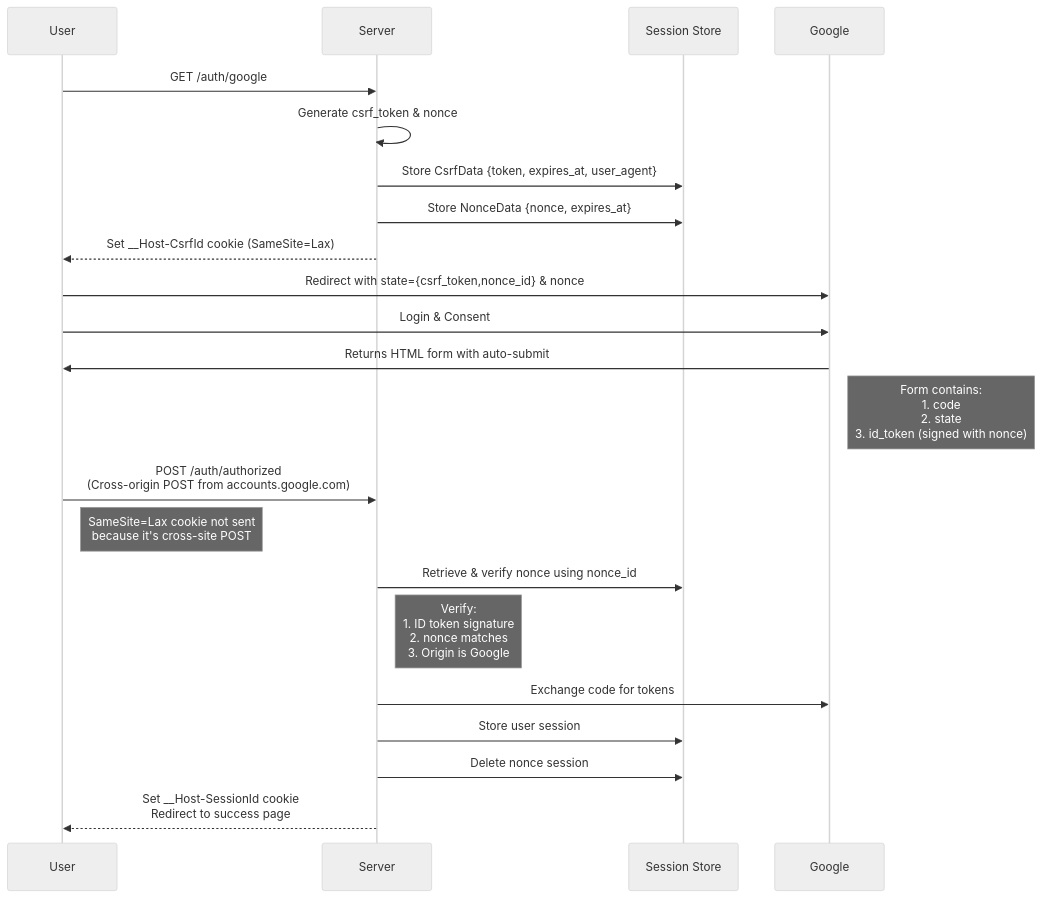
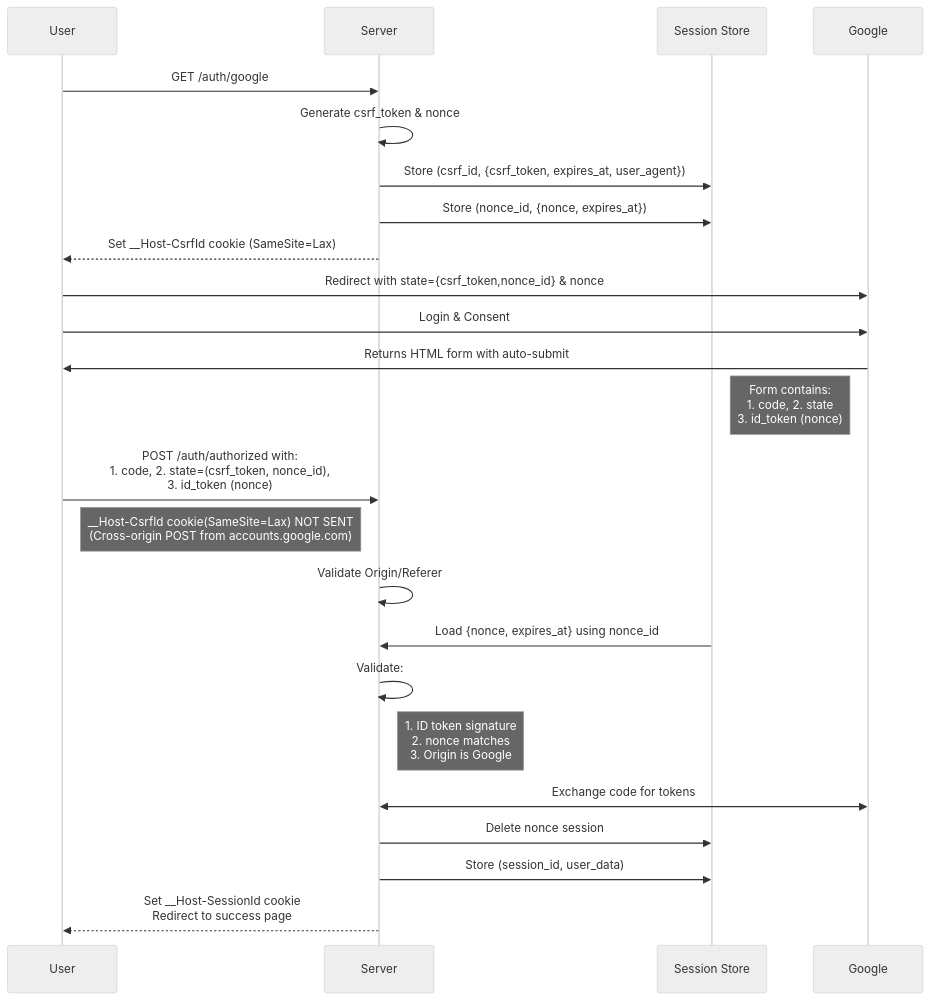
One commit to ktaka-ccmp/axum-google-oauth2 changed the first of 3 diagrams in Readme.md. Above: the diagram before and after it, drawn with Mermaid (neutral theme). The commit also changed other lines of this file, not shown here.

````diff
--- a/Readme.md
+++ b/Readme.md
@@ -76,27 +63,31 @@
 ```mermaid
 sequenceDiagram
     participant User
     participant Server
     participant Session Store
     participant Google
 
     User->>Server: GET /auth/google
     Server->>Server: Generate csrf_token & nonce
-    Server->>Session Store: Store CsrfData {token, expires_at, user_agent}
-    Server->>Session Store: Store NonceData {nonce, expires_at}
+    Server->>Session Store: Store (csrf_id, {csrf_token, expires_at, user_agent})
+    Server->>Session Store: Store (nonce_id, {nonce, expires_at})
     Server-->>User: Set __Host-CsrfId cookie (SameSite=Lax)
     User->>Google: Redirect with state={csrf_token,nonce_id} & nonce
     
     User->>Google: Login & Consent
     Google->>User: Returns HTML form with auto-submit
-    Note right of Google: Form contains:<br/>1. code<br/>2. state<br/>3. id_token (signed with nonce)
-    User->>Server: POST /auth/authorized<br/>(Cross-origin POST from accounts.google.com)
-    Note right of User: SameSite=Lax cookie not sent<br/>because it's cross-site POST
+    Note left of Google: Form contains:<br/>1. code, 2. state<br/>3. id_token (nonce)
+
+    User->>Server: POST /auth/authorized with: <br/>1. code, 2. state=(csrf_token, nonce_id),<br/>3. id_token (nonce)
+    Note right of User: __Host-CsrfId cookie(SameSite=Lax) NOT SENT<br/>(Cross-origin POST from accounts.google.com)
     
-    Server->>Session Store: Retrieve & verify nonce using nonce_id
-    Note right of Server: Verify:<br/>1. ID token signature<br/>2. nonce matches<br/>3. Origin is Google
-    Server->>Google: Exchange code for tokens
-    Server->>Session Store: Store user session
+    Server->>Server: Validate Origin/Referer
+    Session Store->>Server: Load {nonce, expires_at} using nonce_id
+    Server->>Server: Validate:
+    Note right of Server: 1. ID token signature<br/>2. nonce matches<br/>3. Origin is Google
+    
+    Server<<->>Google: Exchange code for tokens
     Server->>Session Store: Delete nonce session
+    Server->>Session Store: Store (session_id, user_data)
     Server-->>User: Set __Host-SessionId cookie<br/>Redirect to success page
 ```
````
